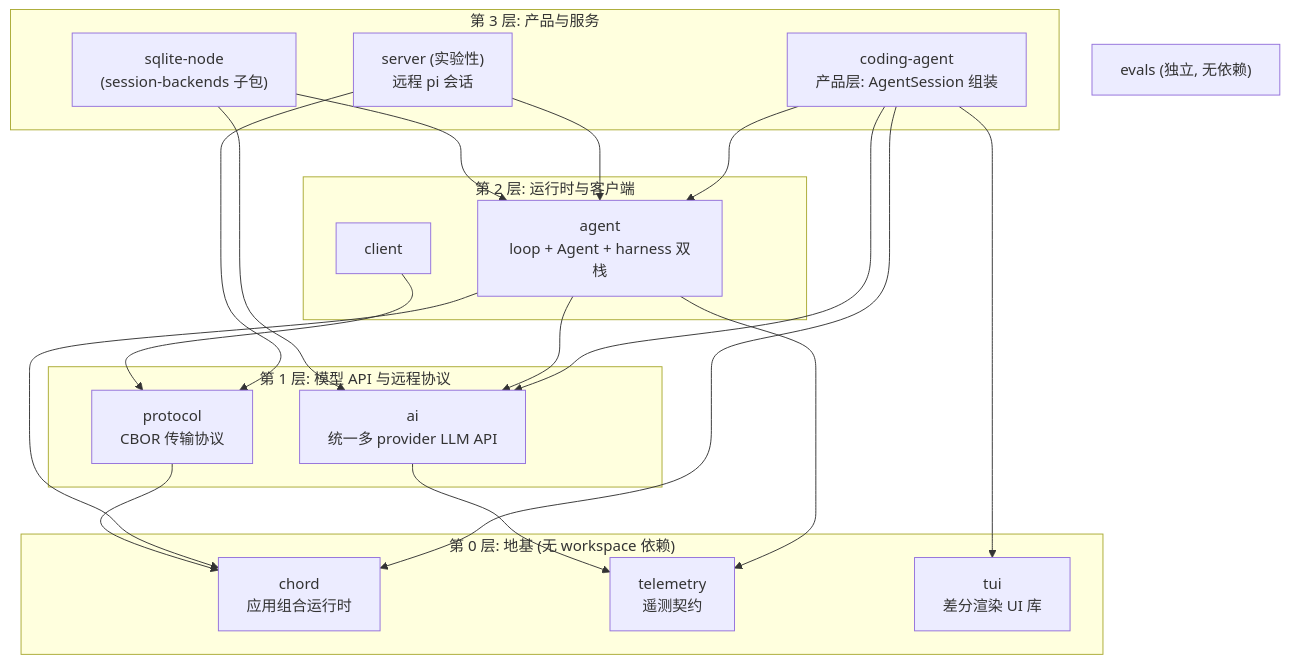
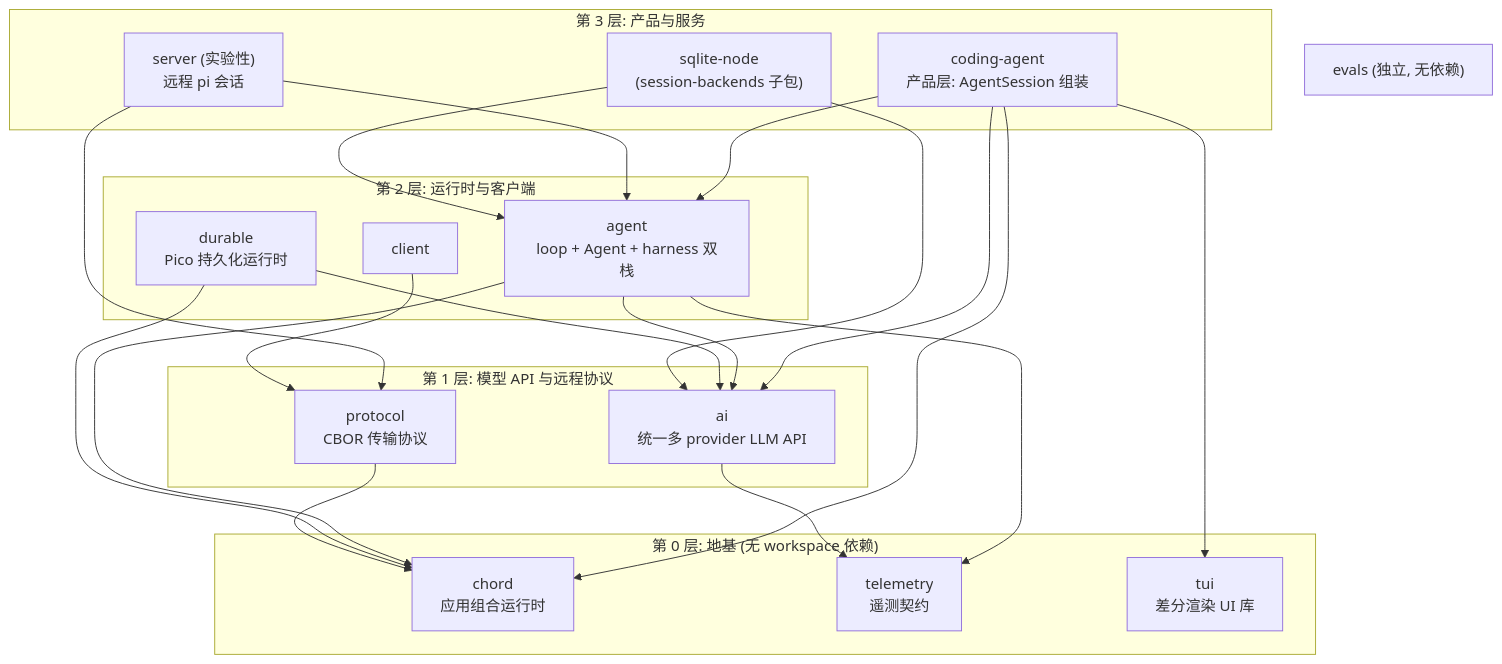
The diagram in learning/notes/architecture/pi-architecture-overview.zh.md (ypzyfl/pi), drawn with Mermaid before and after one commit. The commit also changed other lines of this file and 20 other files, not shown here.

````diff
--- a/learning/notes/architecture/pi-architecture-overview.zh.md
+++ b/learning/notes/architecture/pi-architecture-overview.zh.md
@@ -50,37 +50,40 @@
 ```mermaid
 flowchart TB
     subgraph L3["第 3 层: 产品与服务"]
         CA["coding-agent<br/>产品层: AgentSession 组装"]
         SERVER["server (实验性)<br/>远程 pi 会话"]
         SQLITE["sqlite-node<br/>(session-backends 子包)"]
     end
     subgraph L2["第 2 层: 运行时与客户端"]
         AGENT["agent<br/>loop + Agent + harness 双栈"]
+        DURABLE["durable<br/>Pico 持久化运行时"]
         CLIENT["client"]
     end
     subgraph L1["第 1 层: 模型 API 与远程协议"]
         AI["ai<br/>统一多 provider LLM API"]
         PROTOCOL["protocol<br/>CBOR 传输协议"]
     end
     subgraph L0["第 0 层: 地基 (无 workspace 依赖)"]
         CHORD["chord<br/>应用组合运行时"]
         TELEMETRY["telemetry<br/>遥测契约"]
         TUI["tui<br/>差分渲染 UI 库"]
     end
     EVALS["evals (独立, 无依赖)"]
 
     CA --> AGENT
     CA --> AI
     CA --> TUI
     CA --> CHORD
     AGENT --> AI
     AGENT --> CHORD
     AGENT --> TELEMETRY
     AI --> TELEMETRY
+    DURABLE --> AI
+    DURABLE --> CHORD
     SERVER --> AGENT
     SERVER --> PROTOCOL
     CLIENT --> PROTOCOL
     PROTOCOL --> CHORD
     SQLITE --> AGENT
     SQLITE --> AI
 ```
````
